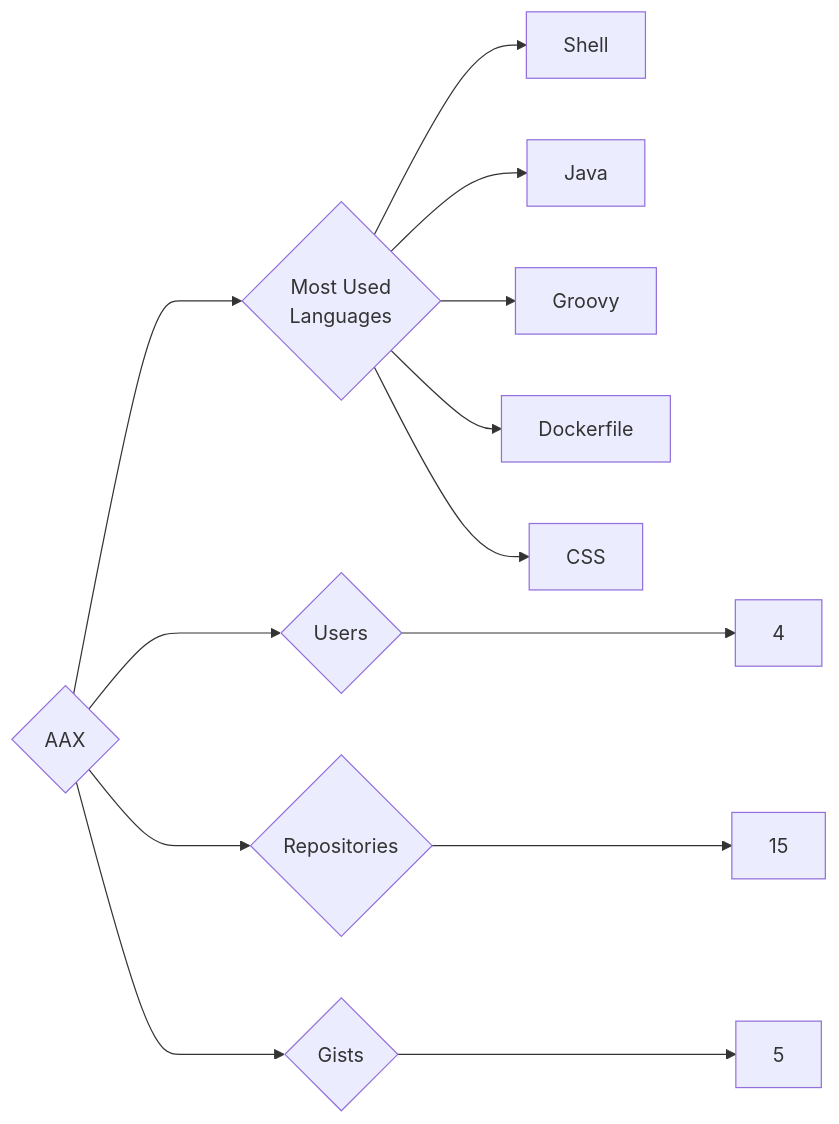
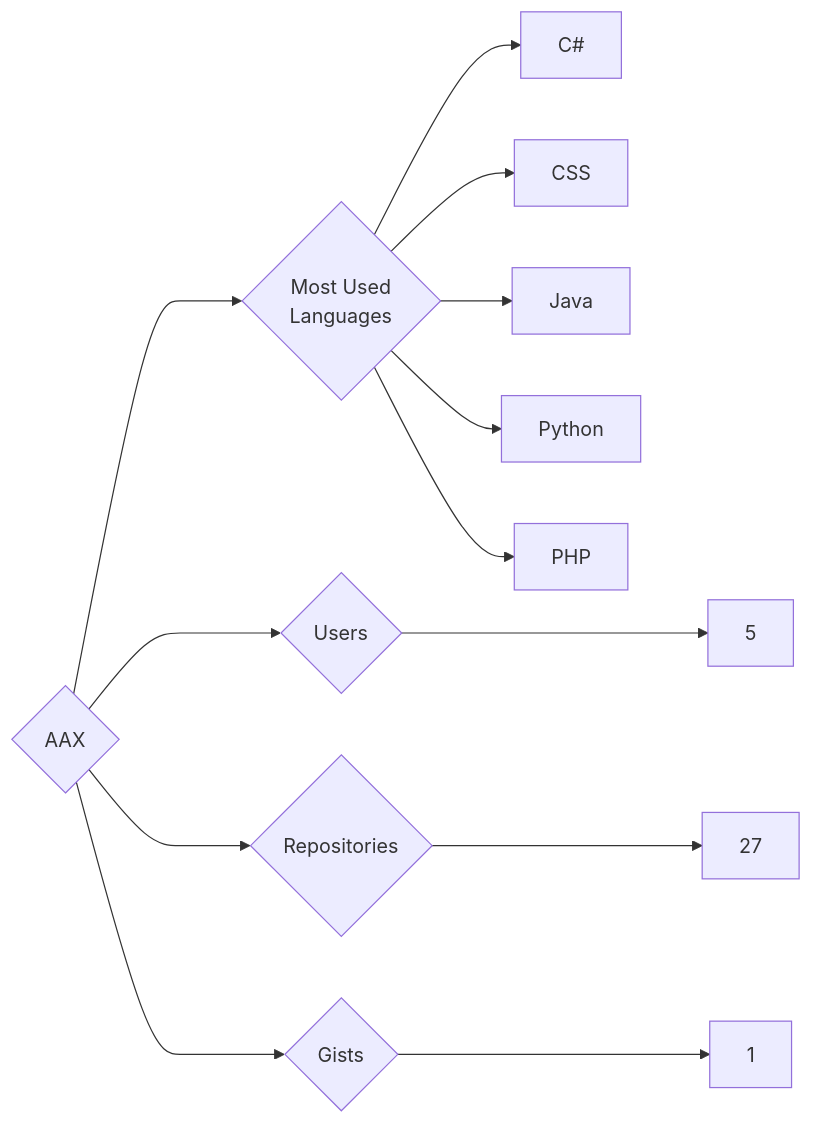
The diagram in targets/AAX/README.md (trickest/insiders), drawn with Mermaid before and after one commit. The commit also changed 857 other files, not shown here.

````diff
--- a/targets/AAX/README.md
+++ b/targets/AAX/README.md
@@ -3,13 +3,13 @@
 ```mermaid
 graph LR
 COMPANY_NAME{AAX}
-COMPANY_NAME ---> U{Users} ---> UN[4]
-COMPANY_NAME ---> R{Repositories} ---> RN[15]
-COMPANY_NAME ---> G{Gists} ---> GN[5]
+COMPANY_NAME ---> U{Users} ---> UN[5]
+COMPANY_NAME ---> R{Repositories} ---> RN[27]
+COMPANY_NAME ---> G{Gists} ---> GN[1]
 COMPANY_NAME ---> ML{Most Used<br>Languages}
-ML --> Shell[Shell]
+ML --> C#[C#]
+ML --> CSS[CSS]
 ML --> Java[Java]
-ML --> Groovy[Groovy]
-ML --> Dockerfile[Dockerfile]
-ML --> CSS[CSS]
+ML --> Python[Python]
+ML --> PHP[PHP]
 ```
````
